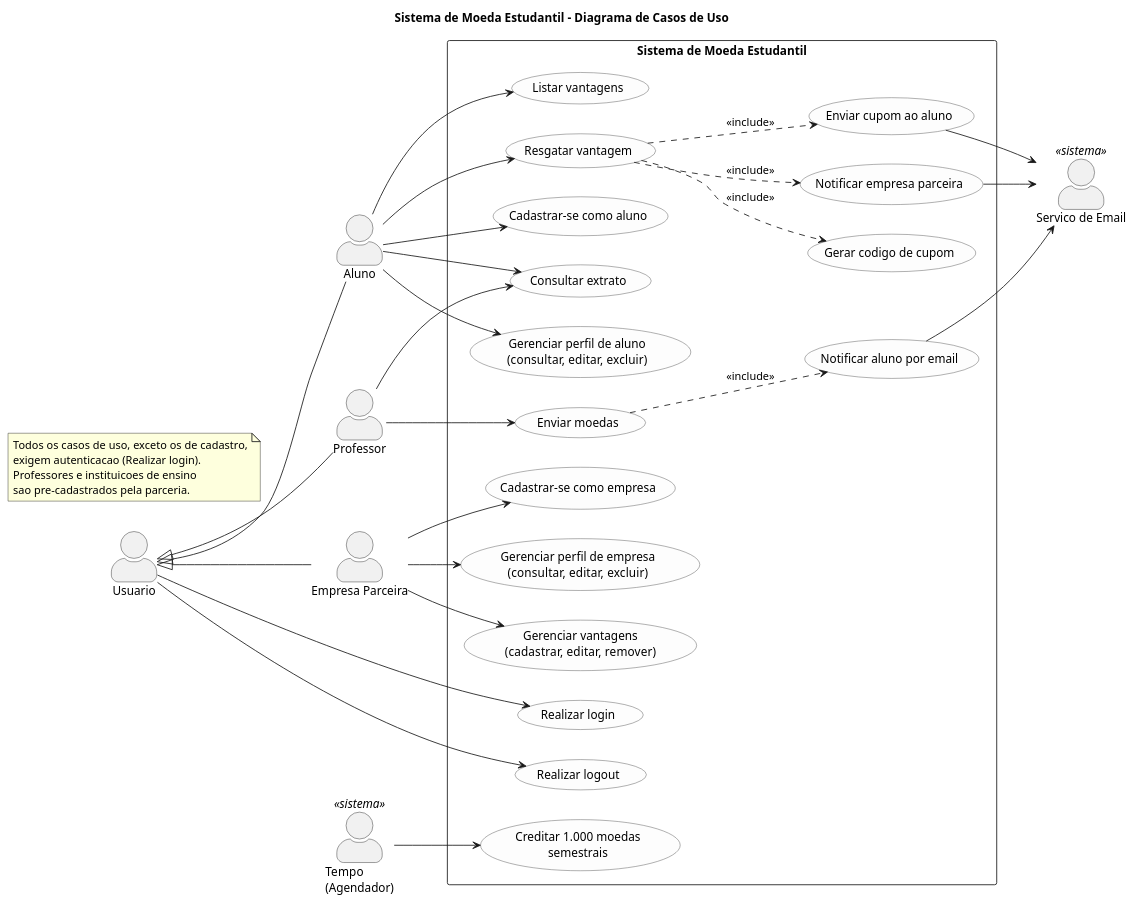
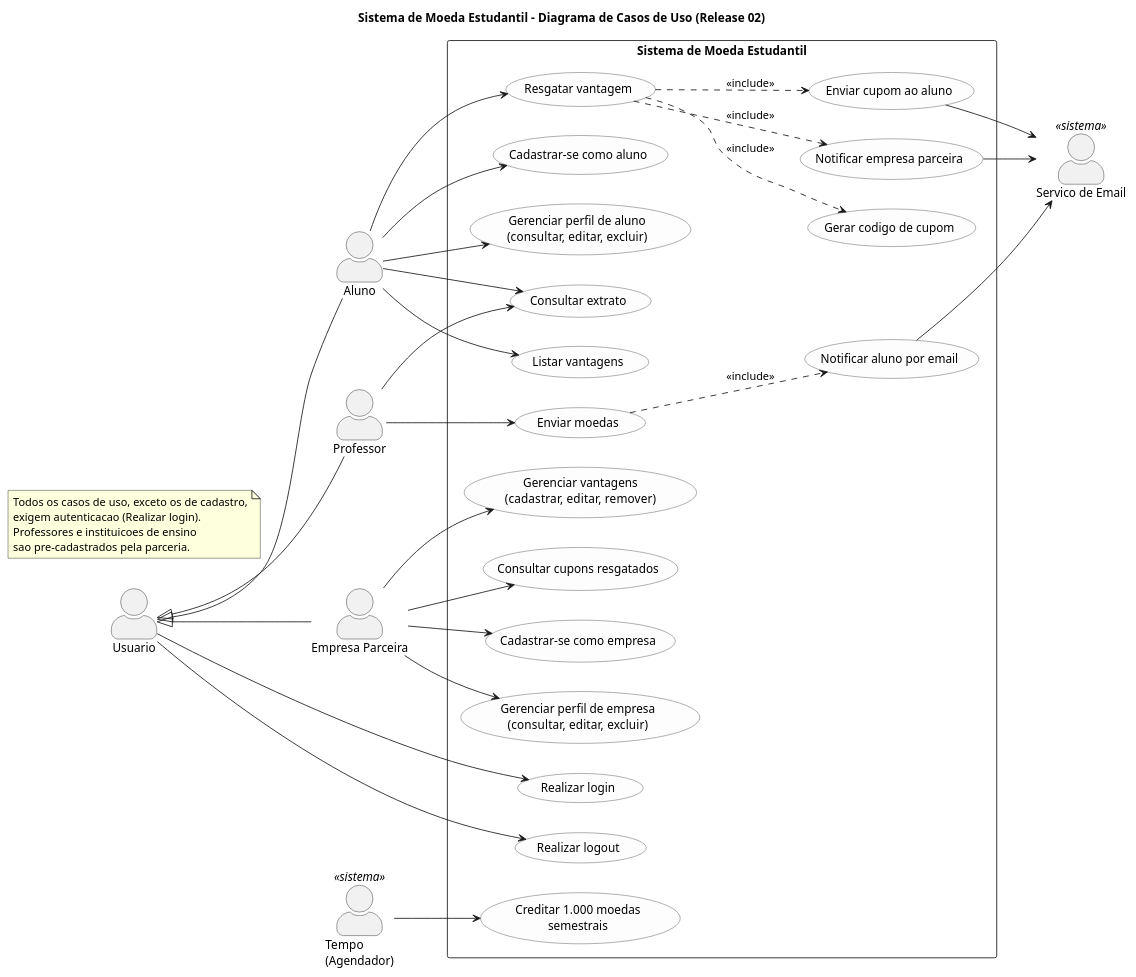
One commit to natadias/moeda-estudantil changed the diagram in docs/diagramas/casos-de-uso/casos-de-uso.puml. Above: the diagram before and after it, drawn with PlantUML. The commit also changed 51 other files, not shown here.

```diff
--- a/docs/diagramas/casos-de-uso/casos-de-uso.puml
+++ b/docs/diagramas/casos-de-uso/casos-de-uso.puml
@@ -1,72 +1,74 @@
 @startuml casos-de-uso
-title Sistema de Moeda Estudantil - Diagrama de Casos de Uso
+title Sistema de Moeda Estudantil - Diagrama de Casos de Uso (Release 02)
 left to right direction
 skinparam packageStyle rectangle
 skinparam actorStyle awesome
 skinparam usecase {
   BackgroundColor #FDFDFD
   BorderColor #444444
 }
 
 actor "Usuario" as Usuario
 actor "Aluno" as Aluno
 actor "Professor" as Professor
 actor "Empresa Parceira" as Empresa
 actor "Servico de Email" as Email <<sistema>>
 actor "Tempo\n(Agendador)" as Tempo <<sistema>>
 
 Aluno -up-|> Usuario
 Professor -up-|> Usuario
 Empresa -up-|> Usuario
 
 rectangle "Sistema de Moeda Estudantil" {
   usecase "Realizar login" as UC01
   usecase "Realizar logout" as UC02
 
   usecase "Cadastrar-se como aluno" as UC03
   usecase "Gerenciar perfil de aluno\n(consultar, editar, excluir)" as UC04
   usecase "Consultar extrato" as UC05
   usecase "Listar vantagens" as UC06
   usecase "Resgatar vantagem" as UC07
   usecase "Gerar codigo de cupom" as UC08
   usecase "Enviar cupom ao aluno" as UC09
   usecase "Notificar empresa parceira" as UC10
 
   usecase "Enviar moedas" as UC11
   usecase "Notificar aluno por email" as UC12
 
   usecase "Cadastrar-se como empresa" as UC13
   usecase "Gerenciar perfil de empresa\n(consultar, editar, excluir)" as UC14
   usecase "Gerenciar vantagens\n(cadastrar, editar, remover)" as UC15
+  usecase "Consultar cupons resgatados" as UC20
 
   usecase "Creditar 1.000 moedas\nsemestrais" as UC16
 }
 
 Usuario --> UC01
 Usuario --> UC02
 
 Aluno --> UC03
 Aluno --> UC04
 Aluno --> UC05
 Aluno --> UC06
 Aluno --> UC07
 UC07 ..> UC08 : <<include>>
 UC07 ..> UC09 : <<include>>
 UC07 ..> UC10 : <<include>>
 
 Professor --> UC11
 Professor --> UC05
 UC11 ..> UC12 : <<include>>
 
 Empresa --> UC13
 Empresa --> UC14
 Empresa --> UC15
+Empresa --> UC20
 
 Tempo --> UC16
 
 UC09 --> Email
 UC10 --> Email
 UC12 --> Email
 
 note "Todos os casos de uso, exceto os de cadastro,\nexigem autenticacao (Realizar login).\nProfessores e instituicoes de ensino\nsao pre-cadastrados pela parceria." as N1
 @enduml
```
